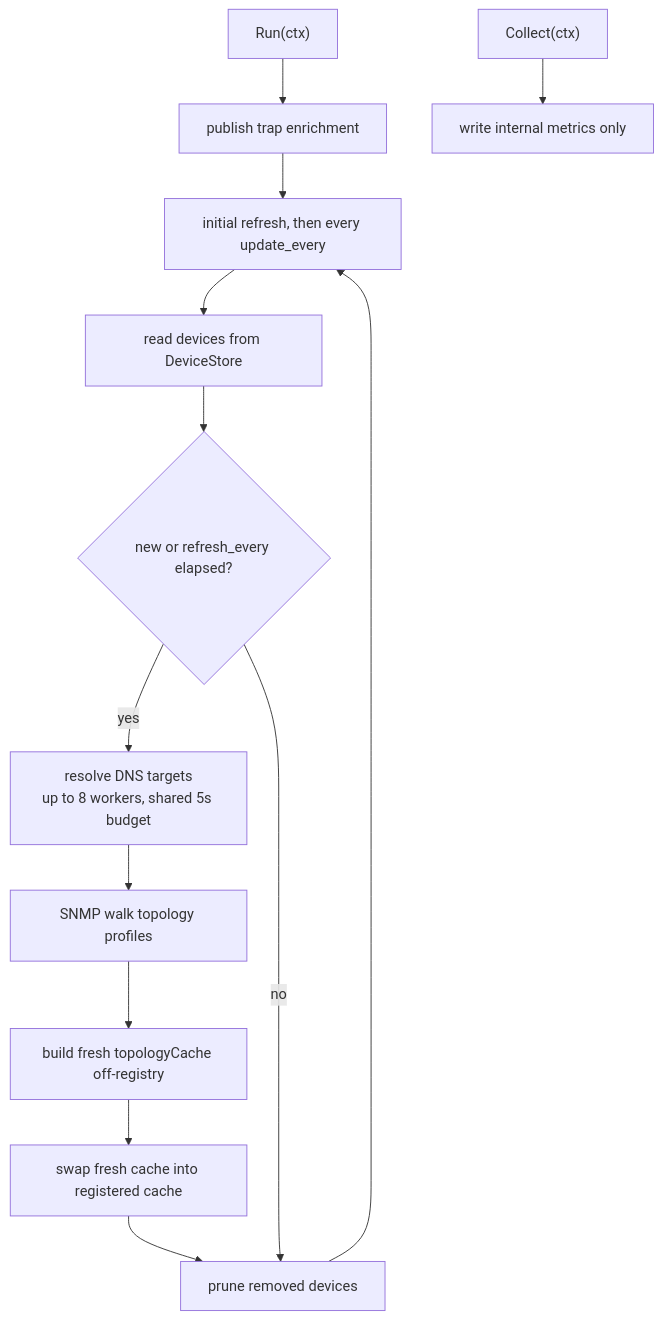
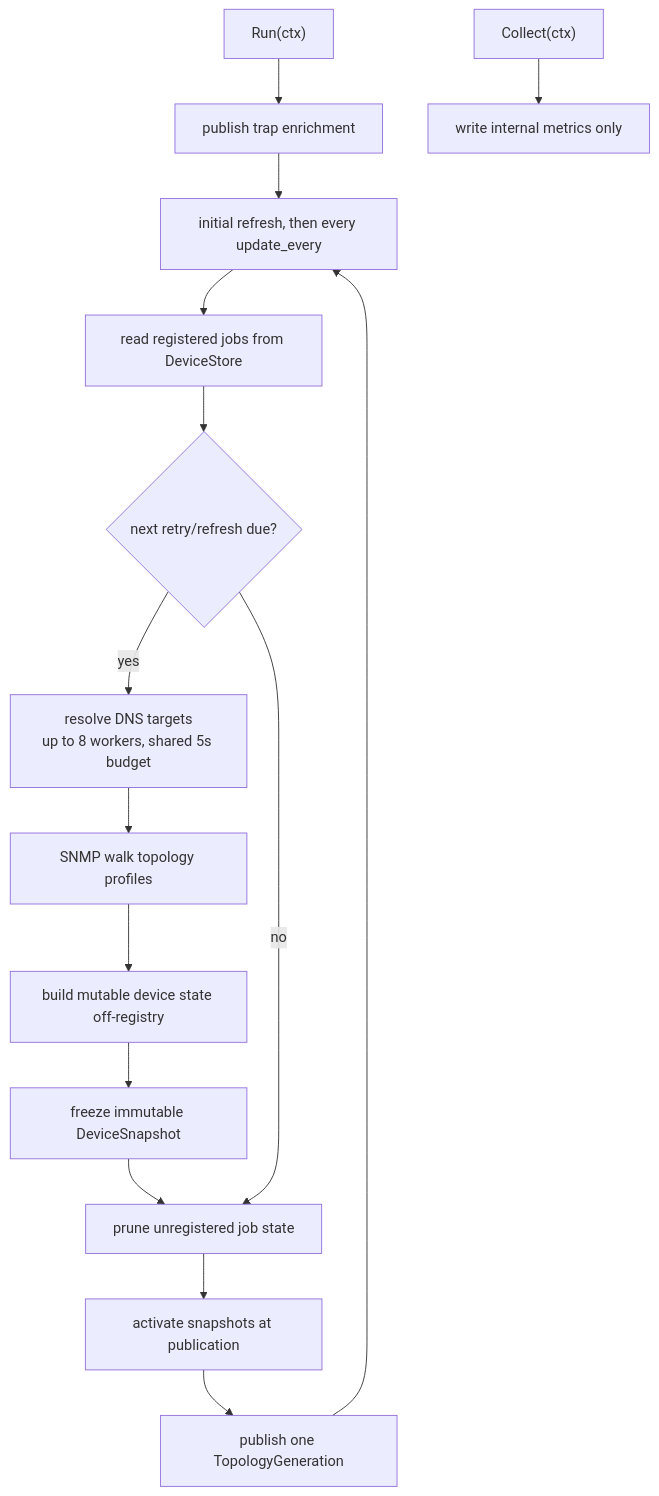
Before and after one commit to netdata/netdata: the second of 3 diagrams in src/go/plugin/go.d/collector/snmp_topology/ARCHITECTURE.md, drawn with Mermaid. The commit also changed other lines of this file and 57 other files, not shown here.

Commit message:
refactor(go.d/snmp_topology): publish immutable topology generations (#23659)

````diff
--- a/src/go/plugin/go.d/collector/snmp_topology/ARCHITECTURE.md
+++ b/src/go/plugin/go.d/collector/snmp_topology/ARCHITECTURE.md
@@ -67,20 +67,22 @@
 ```mermaid
 flowchart TD
     Run["Run(ctx)"]
-    Publish["publish trap enrichment"]
+    TrapPublish["publish trap enrichment"]
     Tick["initial refresh, then every update_every"]
-    Devices["read devices from DeviceStore"]
-    Fresh{"new or refresh_every elapsed?"}
+    Devices["read registered jobs from DeviceStore"]
+    Fresh{"next retry/refresh due?"}
     Resolve["resolve DNS targets<br/>up to 8 workers, shared 5s budget"]
     Walk["SNMP walk topology profiles"]
-    Next["build fresh topologyCache off-registry"]
-    Swap["swap fresh cache into registered cache"]
-    Prune["prune removed devices"]
+    Next["build mutable device state off-registry"]
+    Freeze["freeze immutable DeviceSnapshot"]
+    Activate["activate snapshots at publication"]
+    GenPublish["publish one TopologyGeneration"]
+    Prune["prune unregistered job state"]
     Collect["Collect(ctx)"]
     Metrics["write internal metrics only"]
 
-    Run --> Publish --> Tick --> Devices --> Fresh
-    Fresh -->|"yes"| Resolve --> Walk --> Next --> Swap --> Prune --> Tick
+    Run --> TrapPublish --> Tick --> Devices --> Fresh
+    Fresh -->|"yes"| Resolve --> Walk --> Next --> Freeze --> Prune --> Activate --> GenPublish --> Tick
     Fresh -->|"no"| Prune
     Collect --> Metrics
 ```
````
